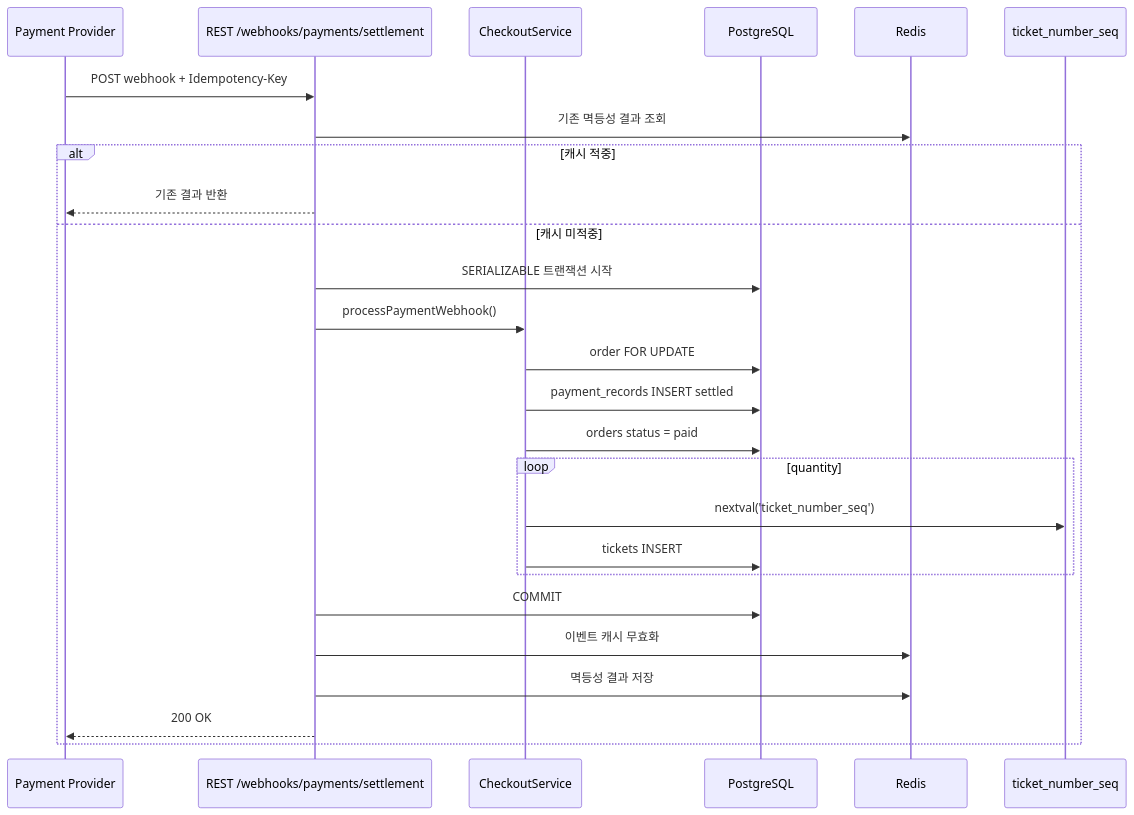
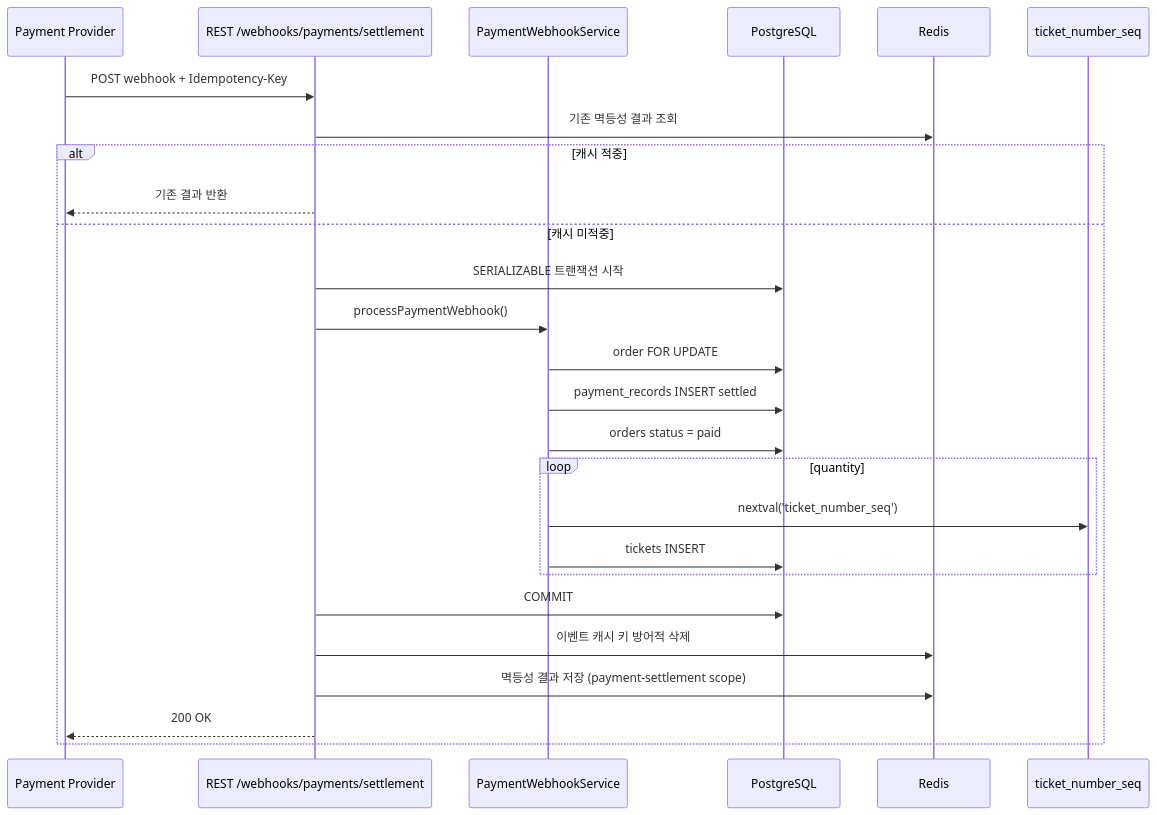
The fifth of 5 diagrams in docs/ARCHITECTURE_DIAGRAMS.md (dosacha/PeakPass), drawn with Mermaid before and after one commit. The commit also changed other lines of this file and 6 other files, not shown here.

````diff
--- a/docs/ARCHITECTURE_DIAGRAMS.md
+++ b/docs/ARCHITECTURE_DIAGRAMS.md
@@ -112,29 +115,29 @@
 ```mermaid
 sequenceDiagram
     participant P as Payment Provider
     participant API as REST /webhooks/payments/settlement
-    participant S as CheckoutService
+    participant S as PaymentWebhookService
     participant PG as PostgreSQL
     participant R as Redis
     participant Seq as ticket_number_seq
 
     P->>API: POST webhook + Idempotency-Key
     API->>R: 기존 멱등성 결과 조회
     alt 캐시 적중
         API-->>P: 기존 결과 반환
     else 캐시 미적중
         API->>PG: SERIALIZABLE 트랜잭션 시작
         API->>S: processPaymentWebhook()
         S->>PG: order FOR UPDATE
         S->>PG: payment_records INSERT settled
         S->>PG: orders status = paid
         loop quantity
           S->>Seq: nextval('ticket_number_seq')
           S->>PG: tickets INSERT
         end
         API->>PG: COMMIT
-        API->>R: 이벤트 캐시 무효화
-        API->>R: 멱등성 결과 저장
+        API->>R: 이벤트 캐시 키 방어적 삭제
+        API->>R: 멱등성 결과 저장 (payment-settlement scope)
         API-->>P: 200 OK
     end
 ```
````
